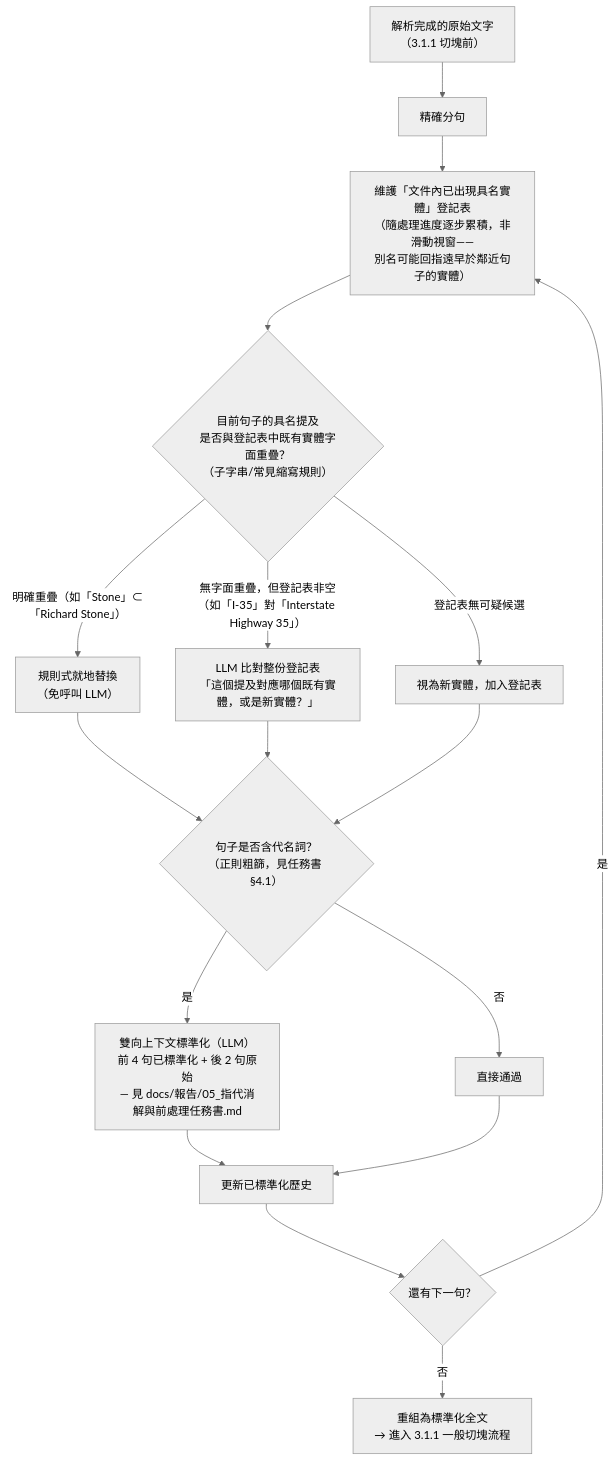
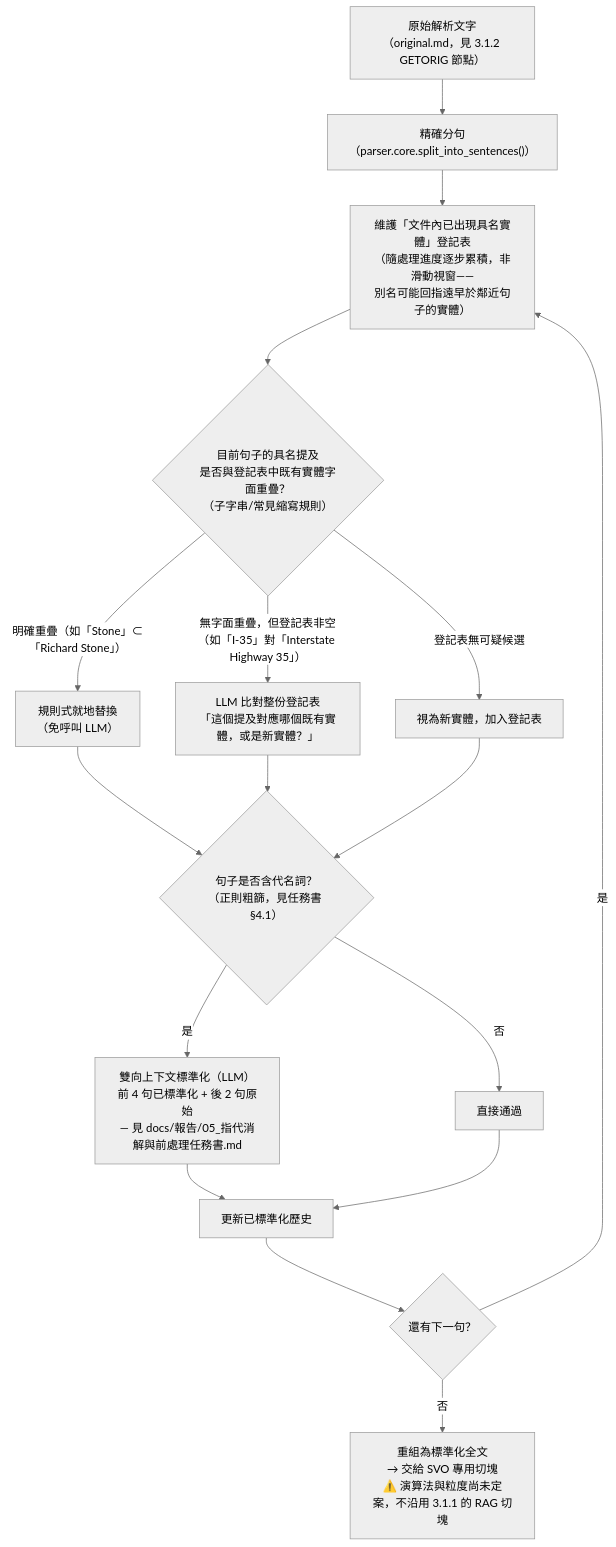
Before and after one commit to Chester930/world-knowledge-graph-rag: the ninth of 12 diagrams in docs/論文/03_系統設計與方法論.md, drawn with Mermaid (neutral theme). The commit also changed other lines of this file, not shown here.

First line of the commit message:
docs(論文): 3.1.2 補上原文取得判斷節點，銜接 SVO 專用切塊（不沿用 3.1.1 RAG 切塊）

````diff
--- a/docs/論文/03_系統設計與方法論.md
+++ b/docs/論文/03_系統設計與方法論.md
@@ -314,24 +322,24 @@
 ```mermaid
 flowchart TD
-    RAW["解析完成的原始文字<br/>（3.1.1 切塊前）"] --> SPLIT["精確分句"]
+    RAW["原始解析文字<br/>（original.md，見 3.1.2 GETORIG 節點）"] --> SPLIT["精確分句<br/>（parser.core.split_into_sentences()）"]
     SPLIT --> REGISTRY["維護「文件內已出現具名實體」登記表<br/>（隨處理進度逐步累積，非滑動視窗——<br/>別名可能回指遠早於鄰近句子的實體）"]
 
     REGISTRY --> ALIASCHECK{"目前句子的具名提及<br/>是否與登記表中既有實體字面重疊？<br/>（子字串/常見縮寫規則）"}
     ALIASCHECK -->|"明確重疊（如「Stone」⊂「Richard Stone」）"| ALIASRULE["規則式就地替換<br/>（免呼叫 LLM）"]
     ALIASCHECK -->|"無字面重疊，但登記表非空<br/>（如「I-35」對「Interstate Highway 35」）"| ALIASLLM["LLM 比對整份登記表<br/>「這個提及對應哪個既有實體，或是新實體？」"]
     ALIASCHECK -->|"登記表無可疑候選"| NEWENT["視為新實體，加入登記表"]
 
     ALIASRULE --> PRONCHECK
     ALIASLLM --> PRONCHECK
     NEWENT --> PRONCHECK
 
     PRONCHECK{"句子是否含代名詞？<br/>（正則粗篩，見任務書 §4.1）"}
     PRONCHECK -->|是| PRONLLM["雙向上下文標準化（LLM）<br/>前 4 句已標準化 + 後 2 句原始<br/>— 見 docs/報告/05_指代消解與前處理任務書.md"]
     PRONCHECK -->|否| BYPASS["直接通過"]
 
     PRONLLM --> UPDATE["更新已標準化歷史"]
     BYPASS --> UPDATE
     UPDATE --> NEXT2{"還有下一句？"}
     NEXT2 -->|是| REGISTRY
-    NEXT2 -->|否| COMBINE["重組為標準化全文<br/>→ 進入 3.1.1 一般切塊流程"]
+    NEXT2 -->|否| COMBINE["重組為標準化全文<br/>→ 交給 SVO 專用切塊<br/>⚠️ 演算法與粒度尚未定案，不沿用 3.1.1 的 RAG 切塊"]
 ```
````
